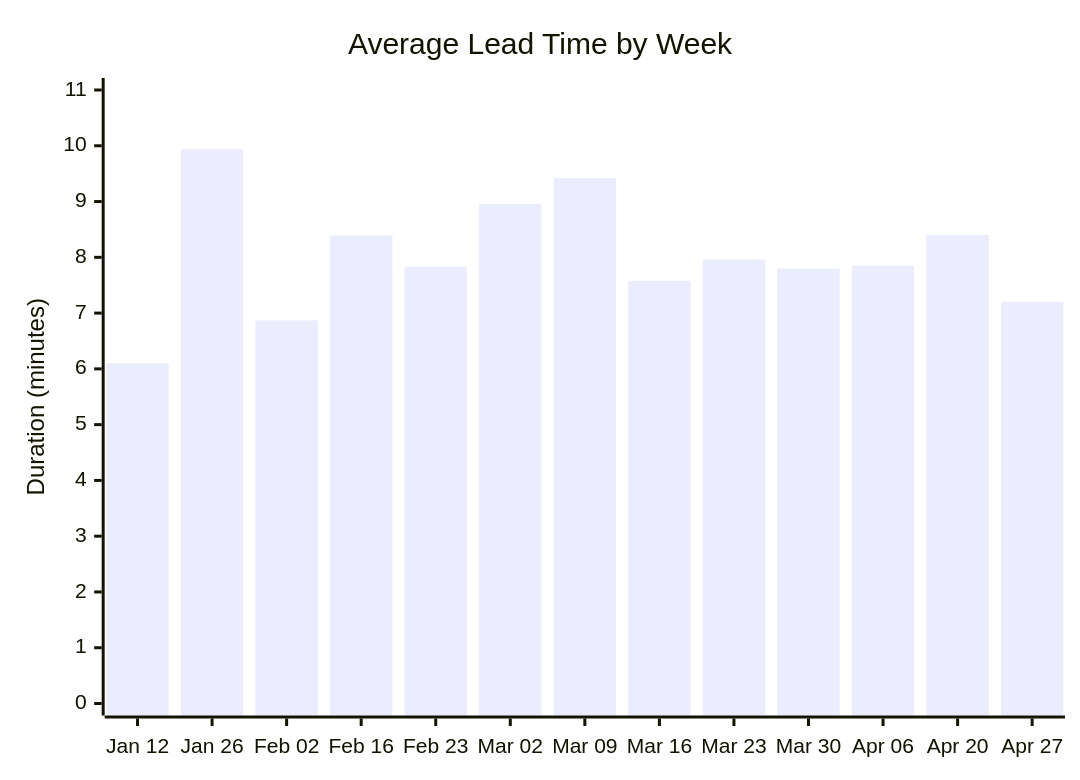
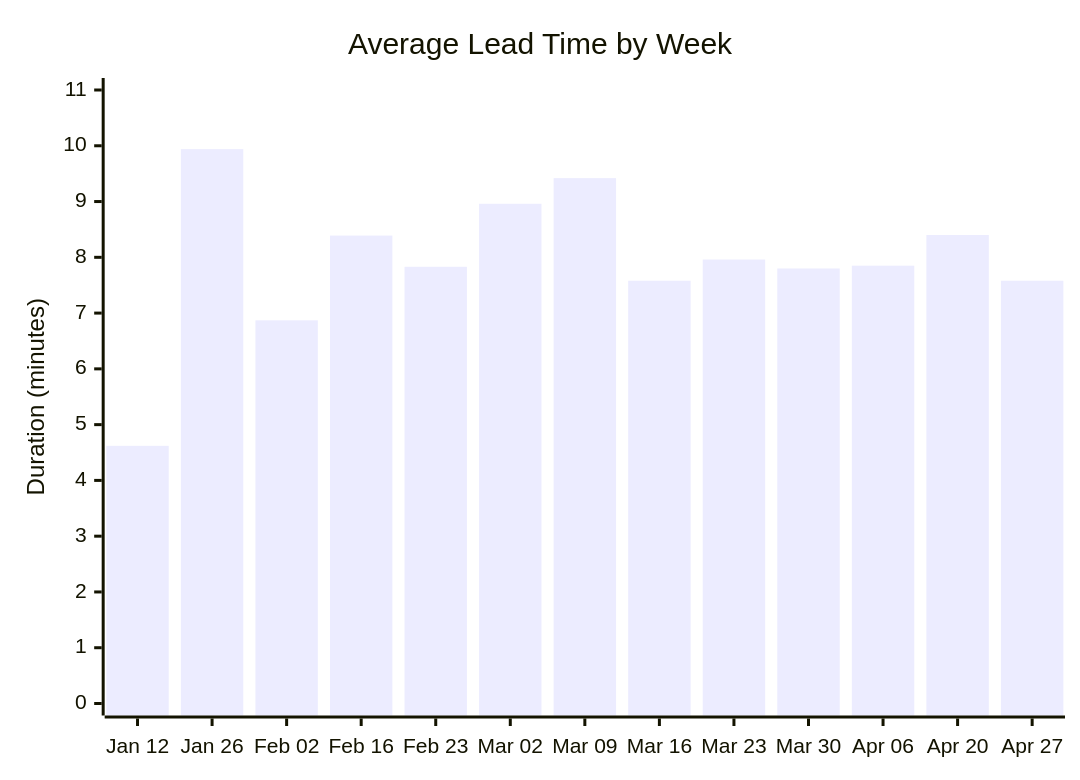
The second of 4 diagrams in docs/ci-cd/dora-summary.md (ukma-cs-ssdm-2025/rate-ukma), drawn with Mermaid before and after one commit. The commit also changed other lines of this file, not shown here.

````diff
--- a/docs/ci-cd/dora-summary.md
+++ b/docs/ci-cd/dora-summary.md
@@ -30,7 +26,7 @@
 ```mermaid
 xychart-beta
     title "Average Lead Time by Week"
     x-axis ["Jan 12", "Jan 26", "Feb 02", "Feb 16", "Feb 23", "Mar 02", "Mar 09", "Mar 16", "Mar 23", "Mar 30", "Apr 06", "Apr 20", "Apr 27"]
     y-axis "Duration (minutes)" 0 --> 11
-    bar [6.10, 9.94, 6.87, 8.39, 7.83, 8.96, 9.42, 7.58, 7.96, 7.80, 7.85, 8.40, 7.20]
+    bar [4.62, 9.94, 6.87, 8.39, 7.83, 8.96, 9.42, 7.58, 7.96, 7.80, 7.85, 8.40, 7.58]
 ```
````
